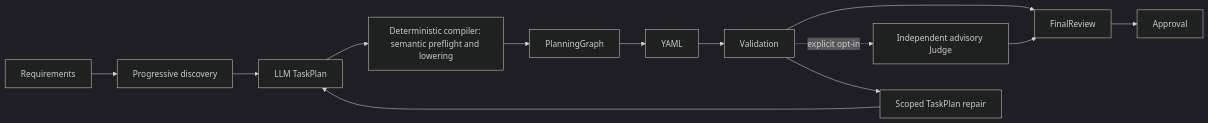
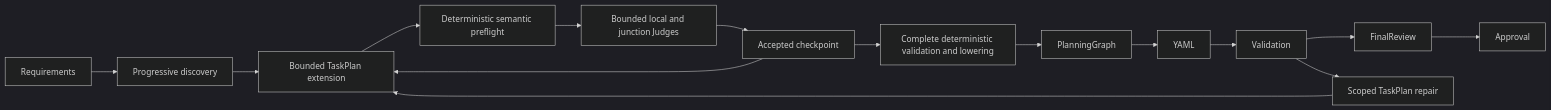
The diagram in docs/workflow-planning-v9.md (GnouGo/GnouGo), drawn with Mermaid (dark theme) before and after one commit. The commit also changed other lines of this file and 109 other files, not shown here.

Commit message:
Implement incremental TaskPlan construction and isolated review authority

````diff
--- a/docs/workflow-planning-v9.md
+++ b/docs/workflow-planning-v9.md
@@ -7,15 +7,17 @@
 ```mermaid
 flowchart LR
   Requirements --> Discovery[Progressive discovery]
-  Discovery --> Tasks[LLM TaskPlan]
-  Tasks --> Compiler[Deterministic compiler: semantic preflight and lowering]
+  Discovery --> Tasks[Bounded TaskPlan extension]
+  Tasks --> Preflight[Deterministic semantic preflight]
+  Preflight --> Judge[Bounded local and junction Judges]
+  Judge --> Checkpoint[Accepted checkpoint]
+  Checkpoint --> Tasks
+  Checkpoint --> Compiler[Complete deterministic validation and lowering]
   Compiler --> Graph[PlanningGraph]
   Graph --> YAML
   YAML --> Validation
   Validation --> Review[FinalReview]
-  Validation -. explicit opt-in .-> Judge[Independent advisory Judge]
-  Judge --> Review
   Review --> Approval
   Validation --> Repair[Scoped TaskPlan repair]
   Repair --> Tasks
 ```
````
